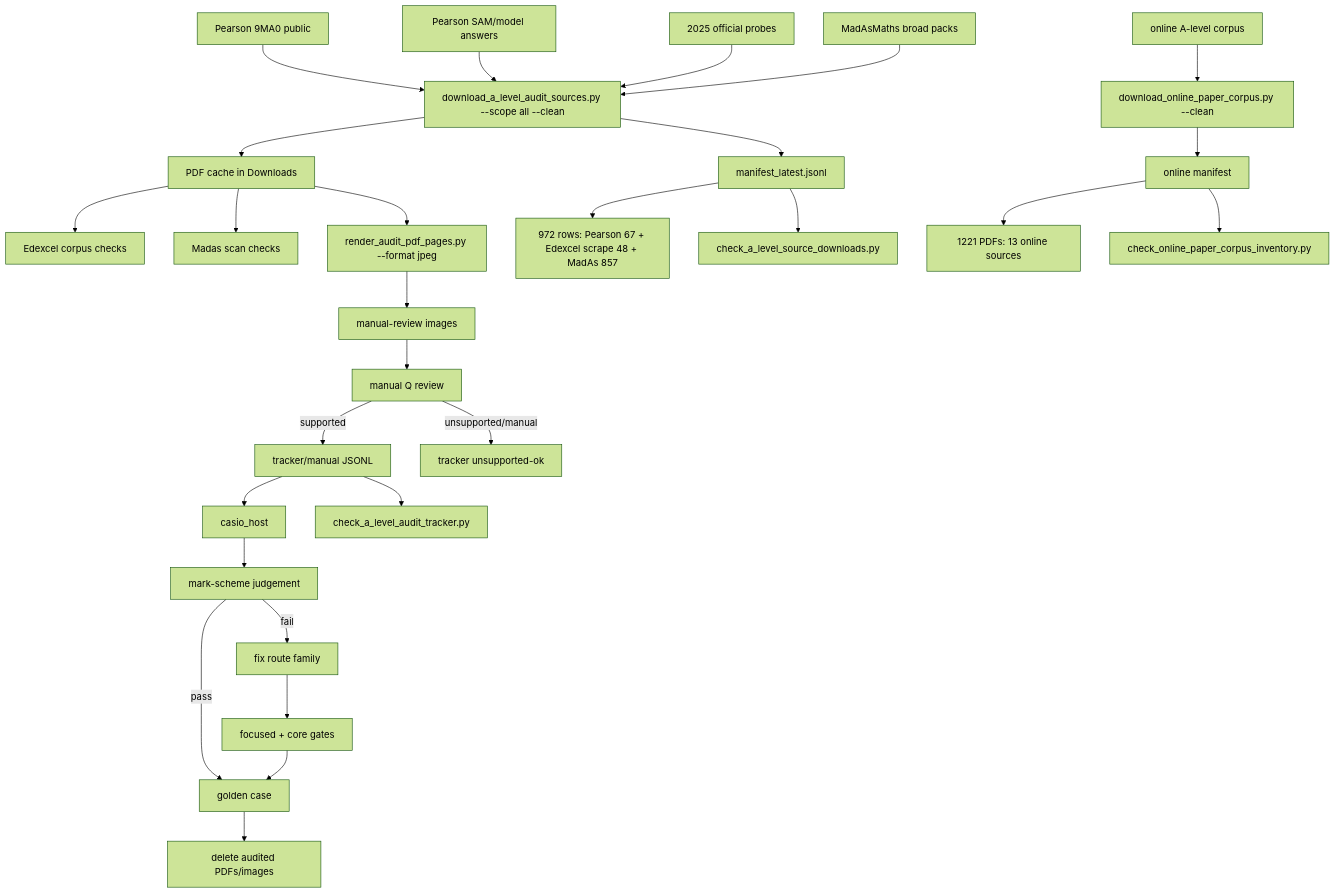
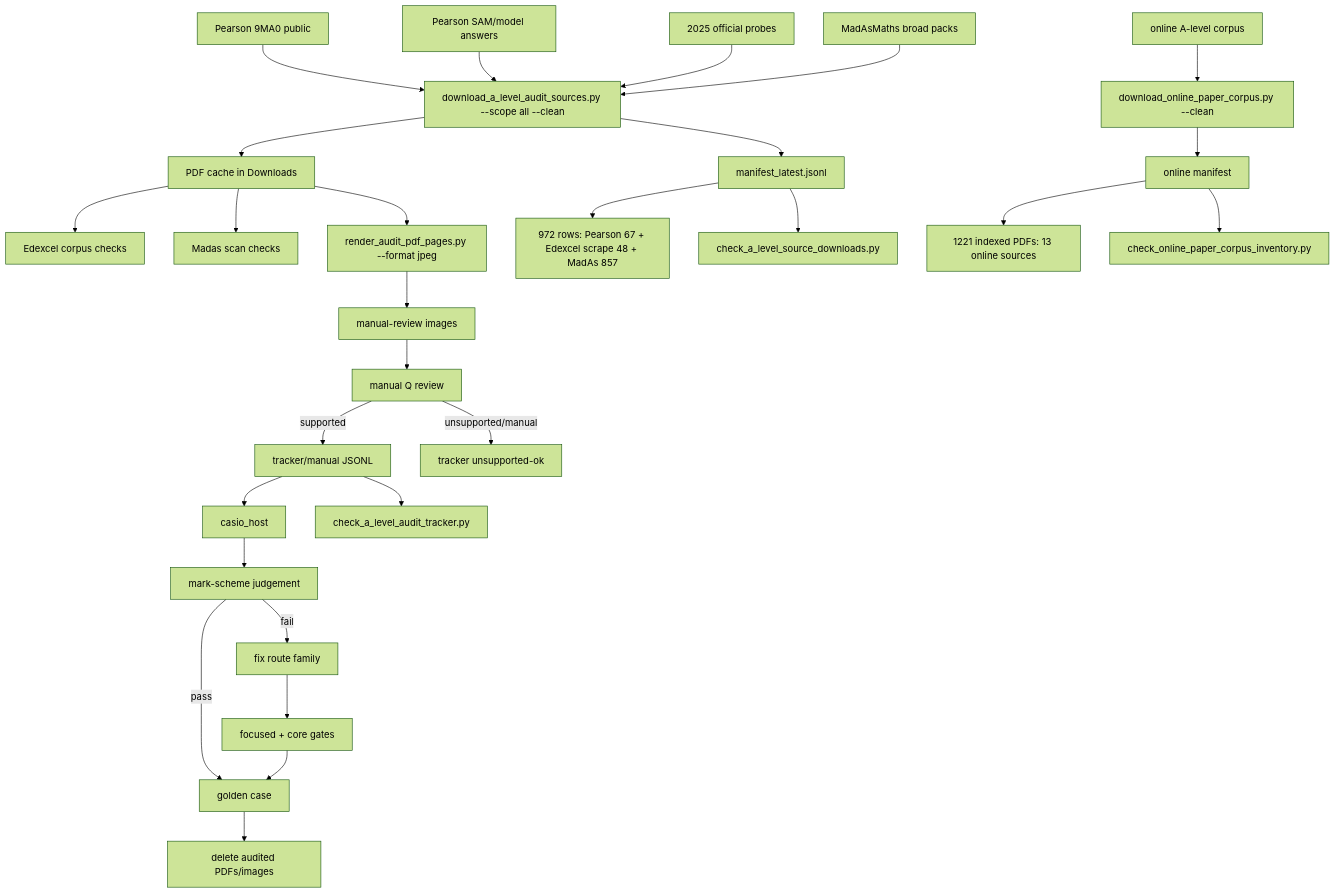
Before and after one commit to james8464/notes-addin-casio-fx-cg50: the diagram in c++/tools/golden/a_level_audit_graph.md, drawn with Mermaid (forest theme). The commit also changed other lines of this file and 1 other file, not shown here.

````diff
--- a/c++/tools/golden/a_level_audit_graph.md
+++ b/c++/tools/golden/a_level_audit_graph.md
@@ -3,30 +3,30 @@
 ```mermaid
 graph TD
   E1["Pearson 9MA0 public"] --> D["download_a_level_audit_sources.py --scope all --clean"]
   E2["Pearson SAM/model answers"] --> D
   E3["2025 official probes"] --> D
   M1["MadAsMaths broad packs"] --> D
   O1["online A-level corpus"] --> OD["download_online_paper_corpus.py --clean"]
   D --> P["PDF cache in Downloads"]
   D --> X["manifest_latest.jsonl"]
   OD --> OX["online manifest"]
   X --> XC["972 rows: Pearson 67 + Edexcel scrape 48 + MadAs 857"]
-  OX --> OC["1221 PDFs: 13 online sources"]
+  OX --> OC["1221 indexed PDFs: 13 online sources"]
   X --> V["check_a_level_source_downloads.py"]
   OX --> OV["check_online_paper_corpus_inventory.py"]
   P --> E["Edexcel corpus checks"]
   P --> S["Madas scan checks"]
   P --> R["render_audit_pdf_pages.py --format jpeg"]
   R --> I["manual-review images"]
   I --> Q["manual Q review"]
   Q -->|supported| J["tracker/manual JSONL"]
   Q -->|unsupported/manual| U["tracker unsupported-ok"]
   J --> H["casio_host"]
   J --> K["check_a_level_audit_tracker.py"]
   H --> C["mark-scheme judgement"]
   C -->|pass| G["golden case"]
   C -->|fail| F["fix route family"]
   F --> T["focused + core gates"]
   T --> G
   G --> Z["delete audited PDFs/images"]
 ```
````
